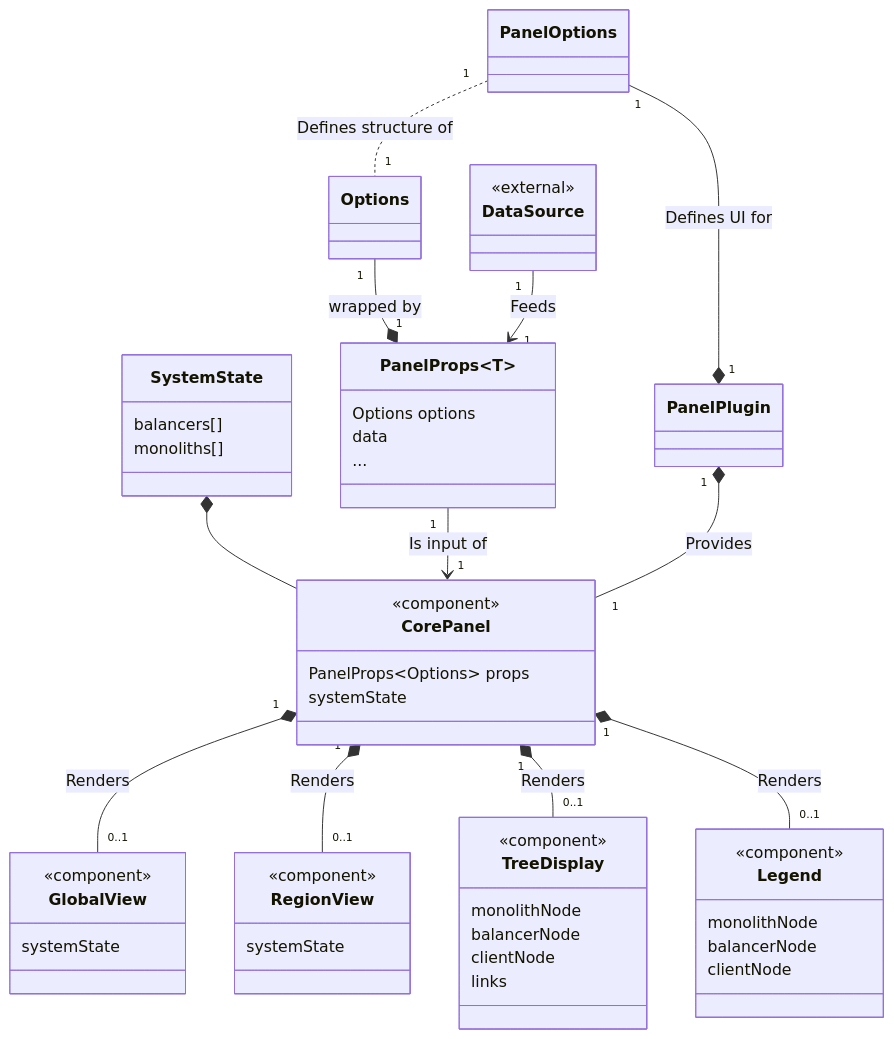
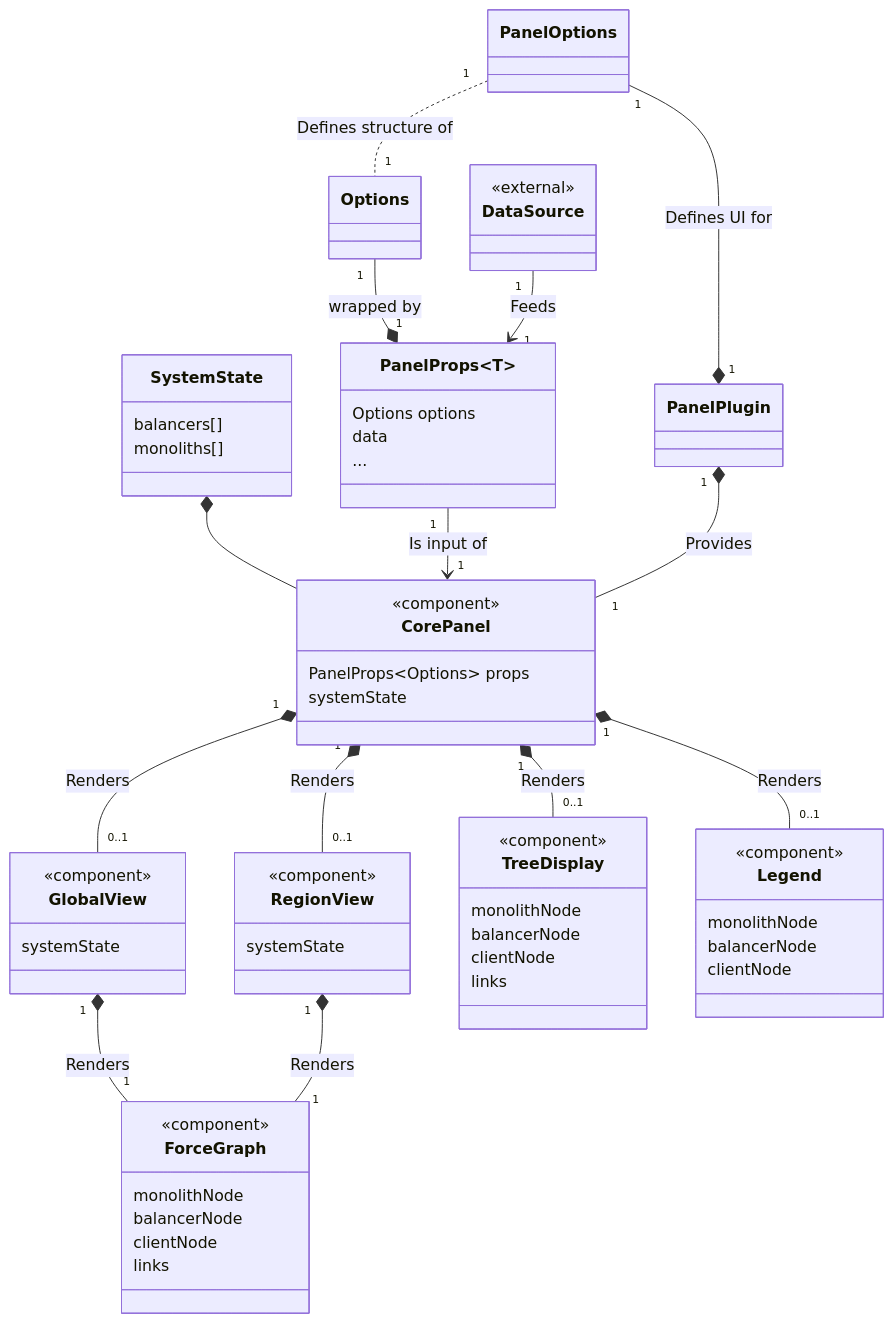
Before and after one commit to dyc3/senior-design: the diagram in figures/vis/panel-internal-class.mmd, drawn with Mermaid. The commit also changed 1 other file, not shown here.

```diff
--- a/figures/vis/panel-internal-class.mmd
+++ b/figures/vis/panel-internal-class.mmd
@@ -1,58 +1,68 @@
 classDiagram
     class PanelPlugin
     class PanelProps~T~ {
         Options options
         data
         ...
     }
     class CorePanel {
         <<component>>
         PanelProps~Options~ props
         systemState
     }
     class GlobalView {
         <<component>>
         systemState
     }
     class RegionView {
         <<component>>
         systemState
     }
     class DataSource {
         <<external>>
     }
     class TreeDisplay {
         <<component>>
         monolithNode
         balancerNode
         clientNode
         links
     }
     class SystemState {
         balancers[]
         monoliths[]
     }
     class Legend {
         <<component>>
         monolithNode
         balancerNode
         clientNode
     }
+    class ForceGraph {
+        <<component>>
+        monolithNode
+        balancerNode
+        clientNode
+        links
+    }
 
     SystemState *-- CorePanel
     PanelOptions "1" --* "1" PanelPlugin : Defines UI for
     PanelOptions "1" .. "1" Options : Defines structure of
     PanelProps "1" --> "1" CorePanel : Is input of
     Options "1" --* "1" PanelProps : wrapped by
     DataSource "1" --> "1" PanelProps : Feeds
     PanelPlugin "1" *-- "1" CorePanel : Provides
     CorePanel "1" *-- "0..1" GlobalView : Renders
     CorePanel "1" *-- "0..1" RegionView : Renders
     CorePanel "1" *-- "0..1" TreeDisplay : Renders
     CorePanel "1" *-- "0..1" Legend : Renders
+    GlobalView "1" *-- "1" ForceGraph : Renders
+    RegionView "1" *-- "1" ForceGraph : Renders
+
 
     %% FIXME: not supported on mermaid 10.6, requires upgrading to 10.7
     %% style DataSource stroke:,stroke-dasharray:5 5
     %% style PanelProps stroke:,stroke-dasharray:5 5
     %% style PanelPlugin stroke:,stroke-dasharray:5 5
     %% style PanelOptions stroke:,stroke-dasharray:5 5
```
